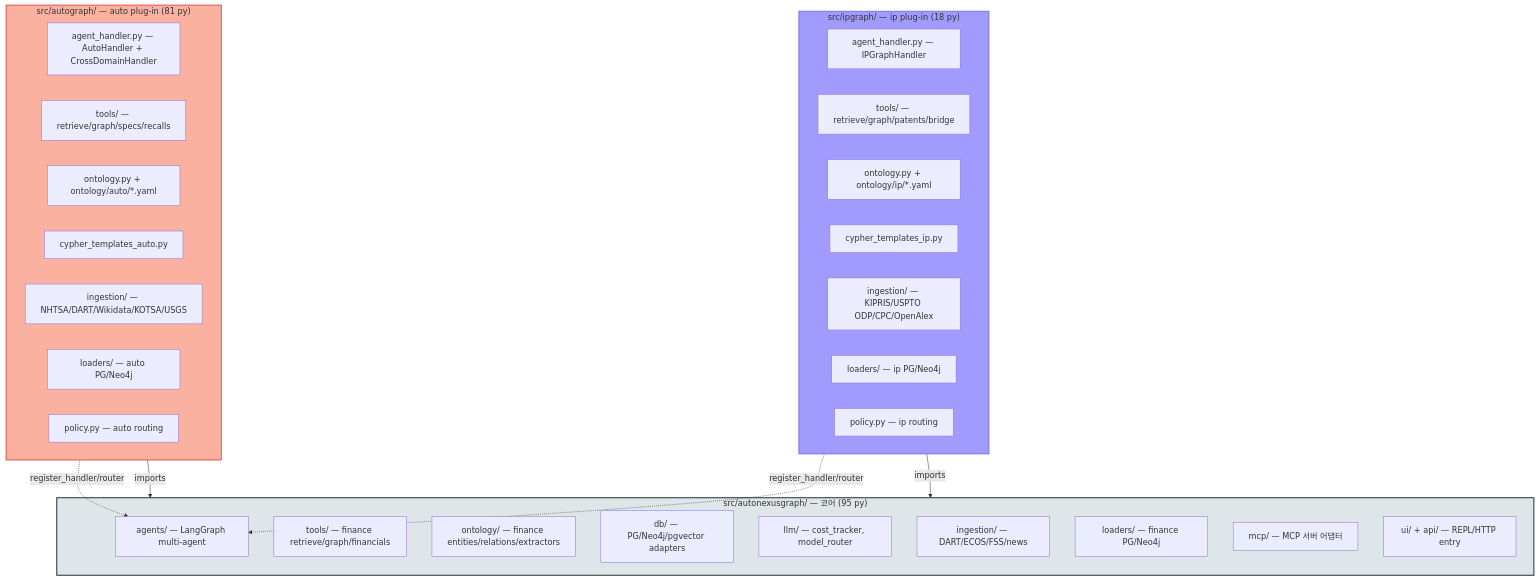
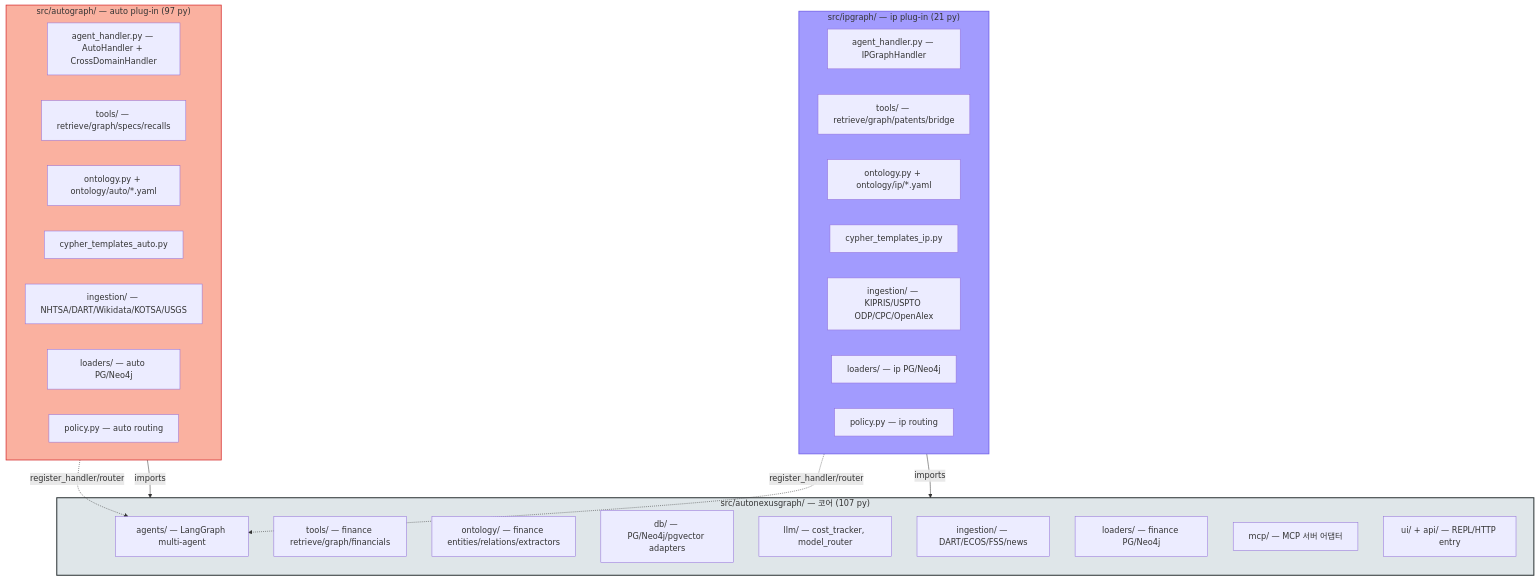
Before and after one commit to areumsim/AutoNexusGraph: the first of 3 diagrams in docs/architecture.md, drawn with Mermaid. The commit also changed other lines of this file and 12 other files, not shown here.

````diff
--- a/docs/architecture.md
+++ b/docs/architecture.md
@@ -33,46 +33,46 @@
 ```mermaid
 flowchart TD
-    subgraph Core["src/autonexusgraph/ — 코어 (95 py)"]
+    subgraph Core["src/autonexusgraph/ — 코어 (107 py)"]
         AG[agents/ — LangGraph multi-agent]
         TL[tools/ — finance retrieve/graph/financials]
         ON[ontology/ — finance entities/relations/extractors]
         DB[db/ — PG/Neo4j/pgvector adapters]
         LLM[llm/ — cost_tracker, model_router]
         IN[ingestion/ — DART/ECOS/FSS/news]
         LO[loaders/ — finance PG/Neo4j]
         MCP[mcp/ — MCP 서버 어댑터]
         UI[ui/ + api/ — REPL/HTTP entry]
     end
 
-    subgraph Auto["src/autograph/ — auto plug-in (81 py)"]
+    subgraph Auto["src/autograph/ — auto plug-in (97 py)"]
         AH[agent_handler.py — AutoHandler + CrossDomainHandler]
         AT[tools/ — retrieve/graph/specs/recalls]
         AON[ontology.py + ontology/auto/*.yaml]
         AC[cypher_templates_auto.py]
         AI[ingestion/ — NHTSA/DART/Wikidata/KOTSA/USGS]
         AL[loaders/ — auto PG/Neo4j]
         AP[policy.py — auto routing]
     end
 
-    subgraph IP["src/ipgraph/ — ip plug-in (18 py)"]
+    subgraph IP["src/ipgraph/ — ip plug-in (21 py)"]
         IH[agent_handler.py — IPGraphHandler]
         IT[tools/ — retrieve/graph/patents/bridge]
         ION[ontology.py + ontology/ip/*.yaml]
         IC[cypher_templates_ip.py]
         II[ingestion/ — KIPRIS/USPTO ODP/CPC/OpenAlex]
         IL[loaders/ — ip PG/Neo4j]
         IP_P[policy.py — ip routing]
     end
 
     Auto -. register_handler/router .-> AG
     IP -. register_handler/router .-> AG
     Auto -->|imports| Core
     IP -->|imports| Core
 
     classDef coreStyle fill:#dfe6e9,stroke:#2d3436,stroke-width:2px
     classDef autoStyle fill:#fab1a0,stroke:#d63031,stroke-width:1.5px
     classDef ipStyle fill:#a29bfe,stroke:#6c5ce7,stroke-width:1.5px
     class Core coreStyle
     class Auto autoStyle
     class IP ipStyle
 ```
````
